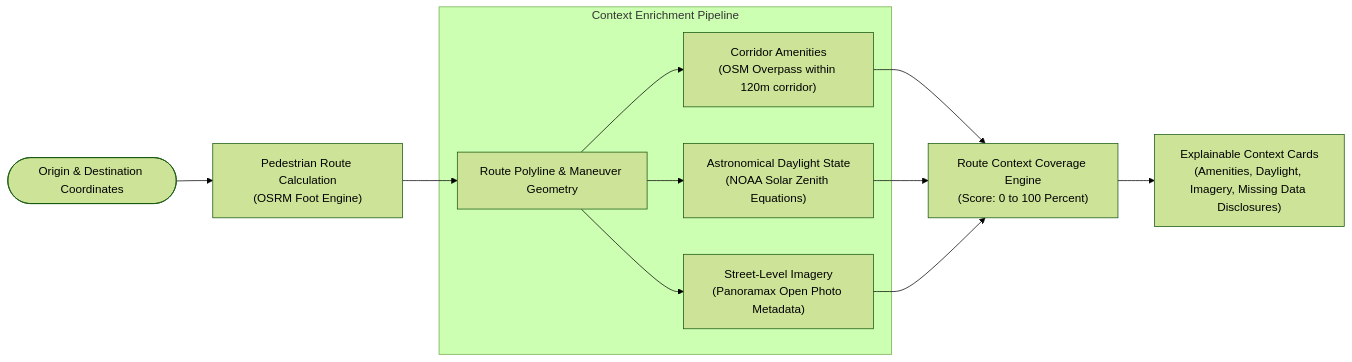
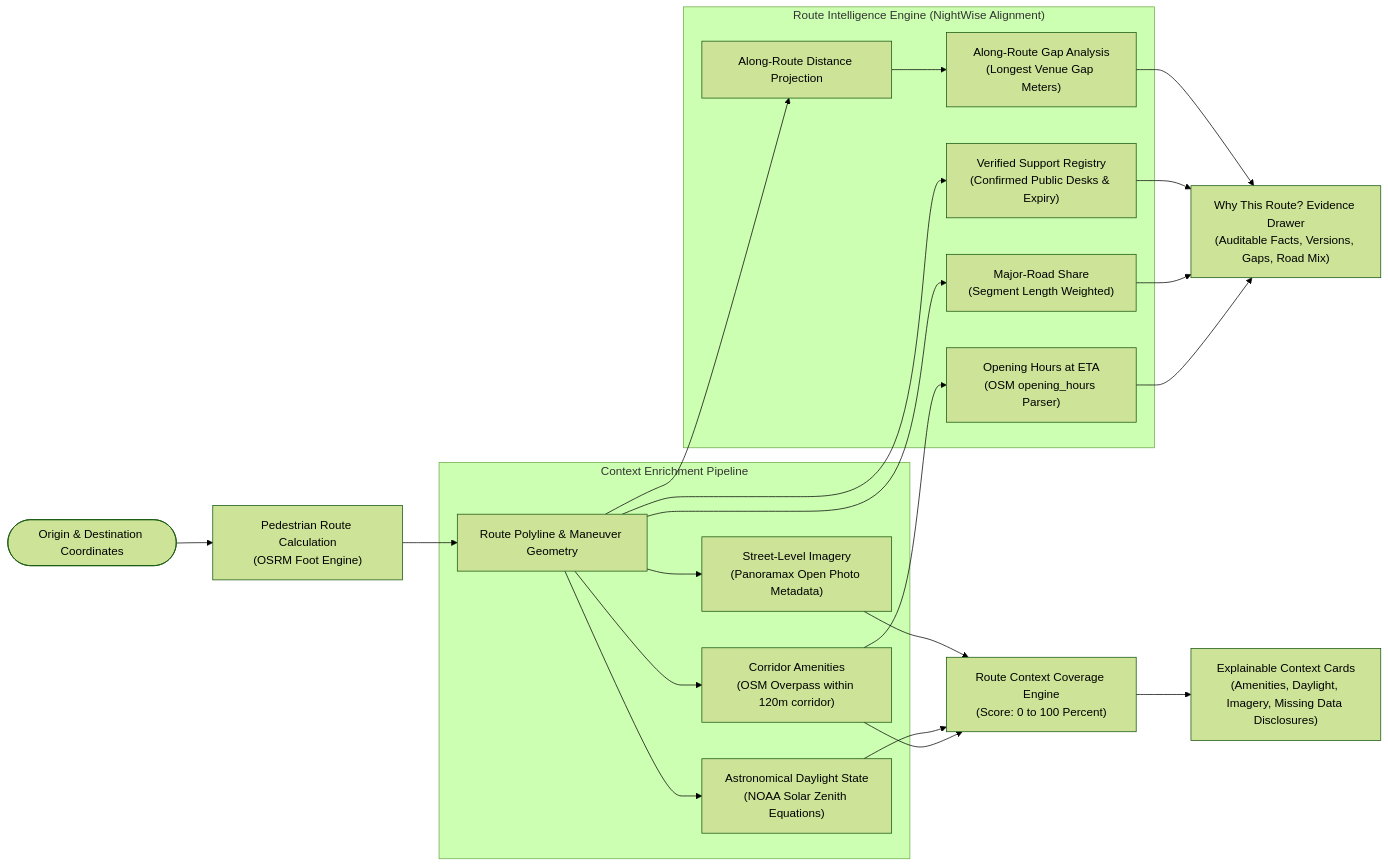
The second of 3 diagrams in README.md (KatkamKoushik/Walkscope), drawn with Mermaid (forest theme) before and after one commit. The commit also changed other lines of this file and 69 other files, not shown here.

````diff
--- a/README.md
+++ b/README.md
@@ -72,17 +85,29 @@
 ```mermaid
 flowchart LR
     Start(["Origin & Destination Coordinates"]) --> OSRM["Pedestrian Route Calculation\n(OSRM Foot Engine)"]
     OSRM --> Polyline["Route Polyline & Maneuver Geometry"]
 
-    subgraph EnrichmentPipeline["Context Enrichment Pipeline"]
+    subgraph ContextEnrichment["Context Enrichment Pipeline"]
         Polyline --> Amenity["Corridor Amenities\n(OSM Overpass within 120m corridor)"]
         Polyline --> Solar["Astronomical Daylight State\n(NOAA Solar Zenith Equations)"]
         Polyline --> Imagery["Street-Level Imagery\n(Panoramax Open Photo Metadata)"]
+    end
+
+    subgraph IntelligenceEngine["Route Intelligence Engine (NightWise Alignment)"]
+        Polyline --> AlongRoute["Along-Route Distance Projection"]
+        Amenity --> OpeningHours["Opening Hours at ETA\n(OSM opening_hours Parser)"]
+        Polyline --> RoadMix["Major-Road Share\n(Segment Length Weighted)"]
+        Polyline --> SupportRegistry["Verified Support Registry\n(Confirmed Public Desks & Expiry)"]
+        AlongRoute --> VenueGaps["Along-Route Gap Analysis\n(Longest Venue Gap Meters)"]
     end
 
     Amenity --> Score["Route Context Coverage Engine\n(Score: 0 to 100 Percent)"]
     Solar --> Score
     Imagery --> Score
 
     Score --> Presentation["Explainable Context Cards\n(Amenities, Daylight, Imagery, Missing Data Disclosures)"]
+    OpeningHours --> EvidenceDrawer["Why This Route? Evidence Drawer\n(Auditable Facts, Versions, Gaps, Road Mix)"]
+    RoadMix --> EvidenceDrawer
+    SupportRegistry --> EvidenceDrawer
+    VenueGaps --> EvidenceDrawer
 ```
````
